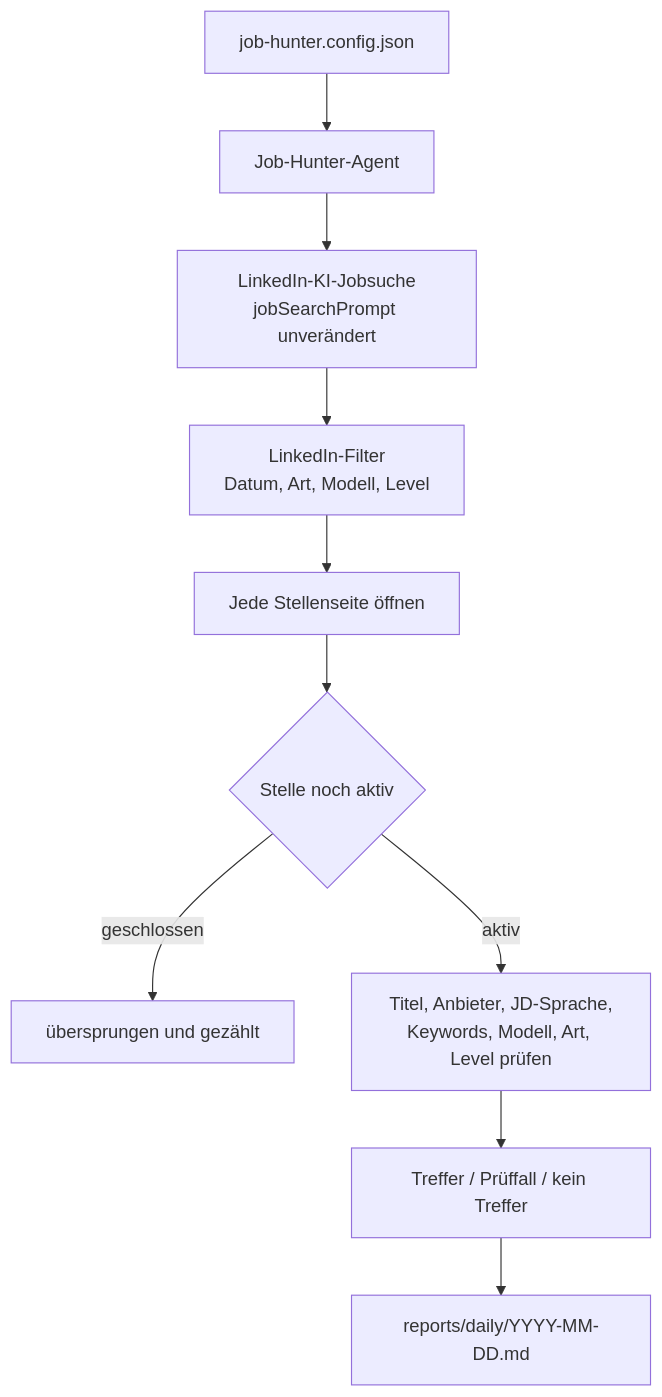
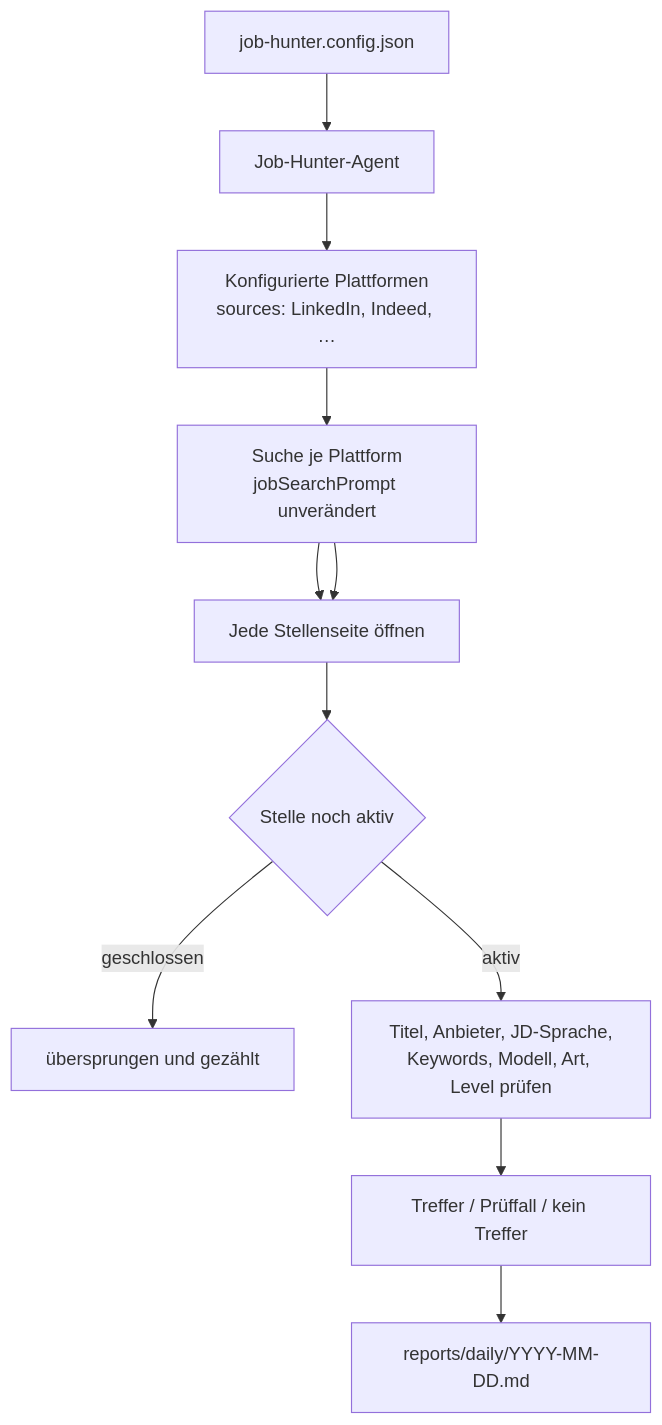
Before and after one commit to aoda-zhang/Job-hunter: the diagram in README.de.md, drawn with Mermaid. The commit also changed other lines of this file and 15 other files, not shown here.

````diff
--- a/README.de.md
+++ b/README.de.md
@@ -22,12 +22,13 @@
 ```mermaid
 flowchart TD
     A[job-hunter.config.json] --> B[Job-Hunter-Agent]
-    B --> C[LinkedIn-KI-Jobsuche<br/>jobSearchPrompt unverändert]
-    C --> D[LinkedIn-Filter<br/>Datum, Art, Modell, Level]
+    B --> C[Konfigurierte Plattformen<br/>sources: LinkedIn, Indeed, …]
+    C --> D[Suche je Plattform<br/>jobSearchPrompt unverändert]
+    D --> E[Filter je Plattform<br/>Datum, Art, Modell, Level]
     D --> E[Jede Stellenseite öffnen]
     E --> F{Stelle noch aktiv}
     F -->|geschlossen| X[übersprungen und gezählt]
     F -->|aktiv| G[Titel, Anbieter, JD-Sprache,<br/>Keywords, Modell, Art, Level prüfen]
     G --> H[Treffer / Prüffall / kein Treffer]
     H --> I[reports/daily/YYYY-MM-DD.md]
 ```
````
